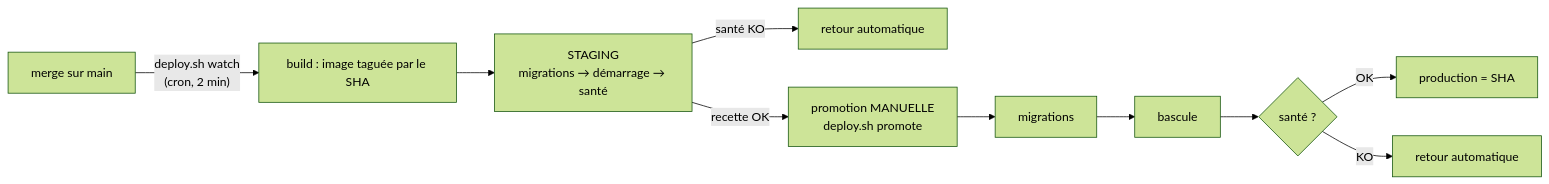
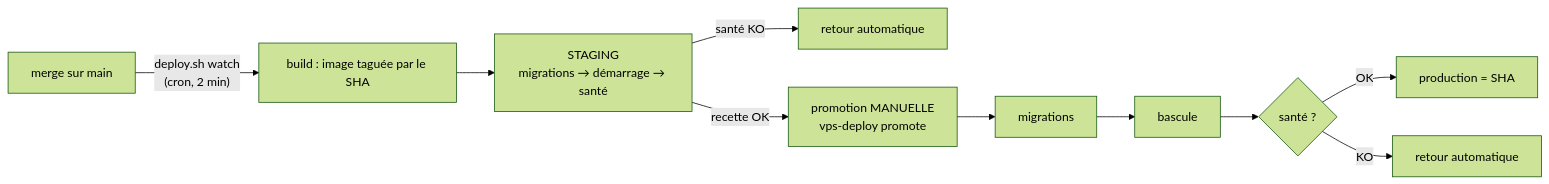
Before and after one commit to wilfreidlando/vcam-infra-deploy: the second of 2 diagrams in guides/18-le-projet-pilote-skills-devops.md, drawn with Mermaid (forest theme). The commit also changed other lines of this file and 41 other files, not shown here.

First line of the commit message:
docs : les commandes sont écrites sous leur forme courte (vps-deploy, vps-audit…), plus de chemin complet

````diff
--- a/guides/18-le-projet-pilote-skills-devops.md
+++ b/guides/18-le-projet-pilote-skills-devops.md
@@ -89,10 +89,10 @@
 ```mermaid
 graph LR
     A["merge sur main"] -->|"deploy.sh watch<br/>(cron, 2 min)"| B["build : image taguée par le SHA"]
     B --> C["STAGING<br/>migrations → démarrage → santé"]
     C -->|"santé KO"| D["retour automatique"]
-    C -->|"recette OK"| E["promotion MANUELLE<br/>deploy.sh promote"]
+    C -->|"recette OK"| E["promotion MANUELLE<br/>vps-deploy promote"]
     E --> G["migrations"] --> H["bascule"] --> I{"santé ?"}
     I -->|OK| J["production = SHA"]
     I -->|KO| K["retour automatique"]
 ```
````
